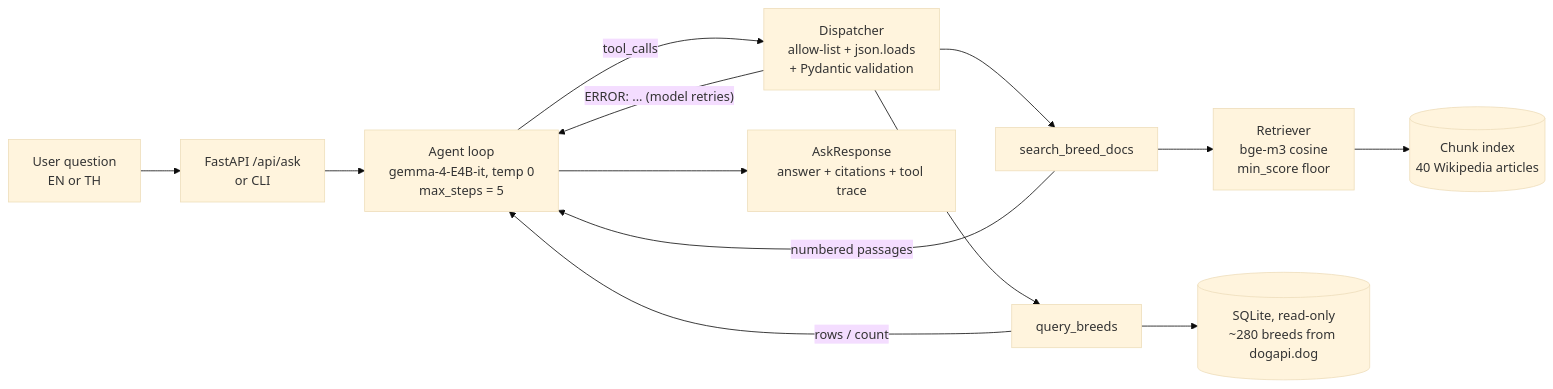
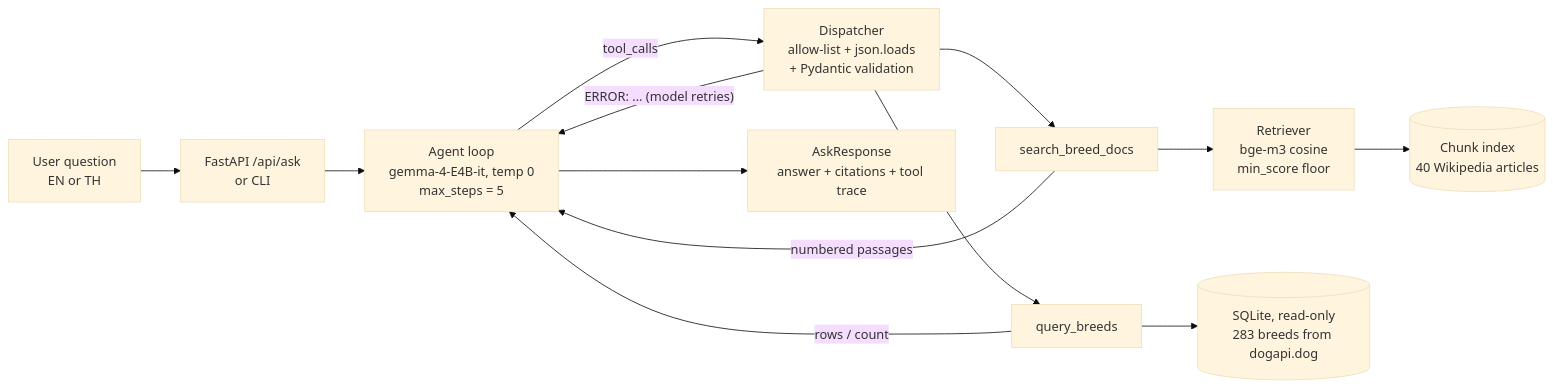
One commit to Napat-collies/end-to-end-LLM-app-dog- changed the diagram in README.md. Above: the diagram before and after it, drawn with Mermaid (base theme). The commit also changed other lines of this file, not shown here.

````diff
--- a/README.md
+++ b/README.md
@@ -27,15 +27,15 @@
 ```mermaid
 flowchart LR
     U[User question<br/>EN or TH] --> API[FastAPI /api/ask<br/>or CLI]
     API --> A[Agent loop<br/>gemma-4-E4B-it, temp 0<br/>max_steps = 5]
     A -- tool_calls --> D[Dispatcher<br/>allow-list + json.loads<br/>+ Pydantic validation]
     D --> S[search_breed_docs]
     D --> Q[query_breeds]
     S --> R[Retriever<br/>bge-m3 cosine<br/>min_score floor]
     R --> IDX[(Chunk index<br/>40 Wikipedia articles)]
-    Q --> DB[(SQLite, read-only<br/>~280 breeds from dogapi.dog)]
+    Q --> DB[(SQLite, read-only<br/>283 breeds from dogapi.dog)]
     S -- numbered passages --> A
     Q -- rows / count --> A
     D -- "ERROR: ... (model retries)" --> A
     A --> O[AskResponse<br/>answer + citations + tool trace]
 ```
````
